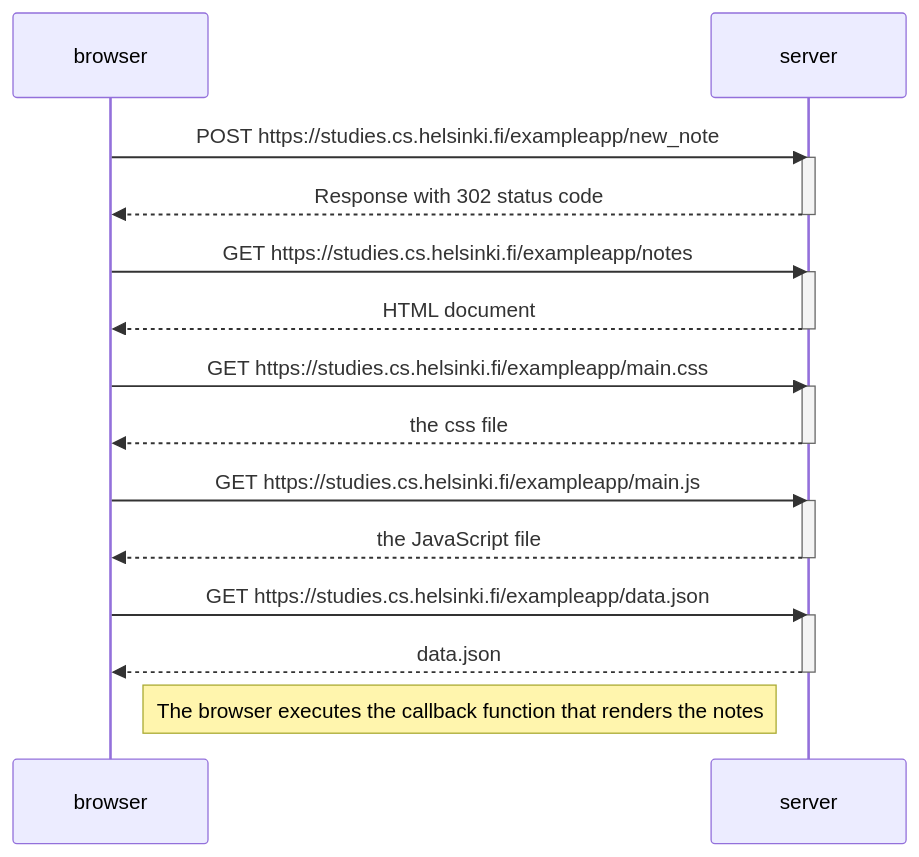
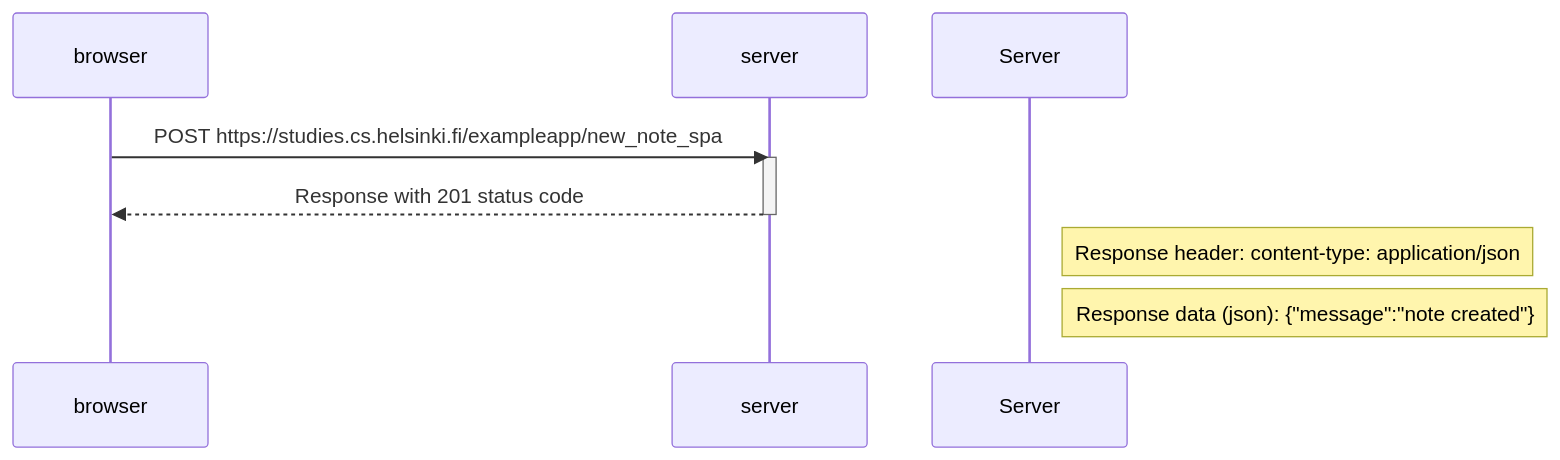
Before and after one commit to pedramsoofi064/full-stack-open: the diagram in part0/0.4_new-note.md, drawn with Mermaid. The commit also changed 1 other file, not shown here.

````diff
--- a/part0/0.4_new-note.md
+++ b/part0/0.4_new-note.md
@@ -1,32 +1,13 @@
 ```mermaid
 sequenceDiagram
     participant browser
     participant server
     
-    browser->>server: POST https://studies.cs.helsinki.fi/exampleapp/new_note
+    browser->>server: POST https://studies.cs.helsinki.fi/exampleapp/new_note_spa
     activate server
-    server-->>browser: Response with 302 status code
-    deactivate server
-    
-    browser->>server: GET https://studies.cs.helsinki.fi/exampleapp/notes
-    activate server
-    server-->>browser: HTML document
-    deactivate server
-
-    browser->>server: GET https://studies.cs.helsinki.fi/exampleapp/main.css
-    activate server
-    server-->>browser: the css file
-    deactivate server
-    
-    browser->>server: GET https://studies.cs.helsinki.fi/exampleapp/main.js
-    activate server
-    server-->>browser: the JavaScript file
+    server-->>browser: Response with 201 status code
     deactivate server
         
-    browser->>server: GET https://studies.cs.helsinki.fi/exampleapp/data.json
-    activate server
-    server-->>browser: data.json
-    deactivate server
-
-    Note right of browser: The browser executes the callback function that renders the notes
+    Note right of Server: Response header: content-type: application/json
+    Note right of Server: Response data (json): {"message":"note created"}
 ``` 
````
